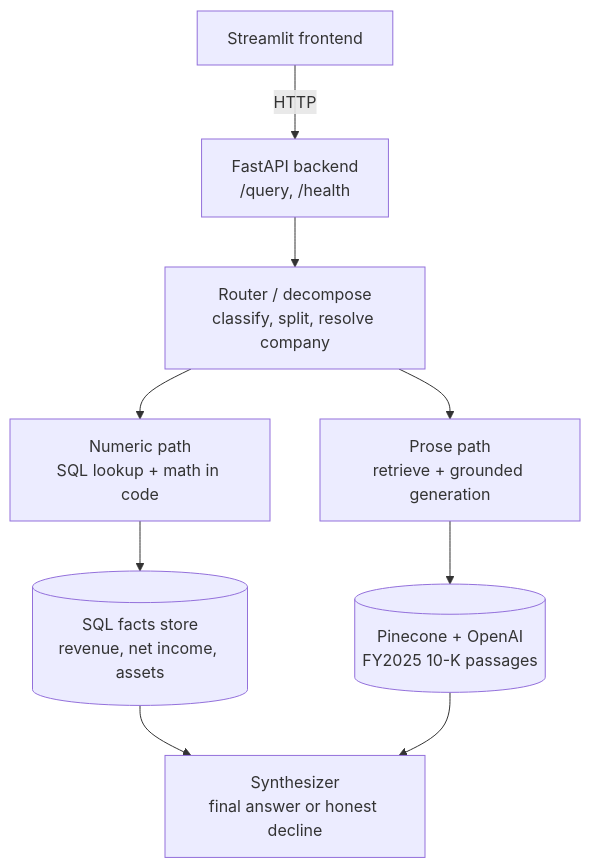
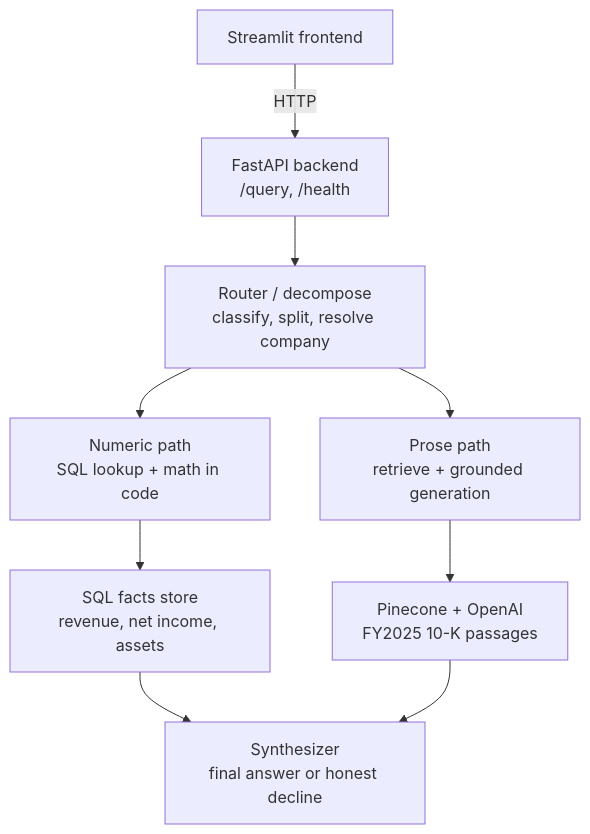
The diagram in README.md (vishnu1234-123/rag-agent), drawn with Mermaid before and after one commit.

Commit message:
fix: mermaid diagram shapes render reliably on GitHub

````diff
--- a/README.md
+++ b/README.md
@@ -31,11 +31,11 @@
 ```mermaid
 graph TD
     FE[Streamlit frontend] -->|HTTP| API[FastAPI backend<br/>/query, /health]
     API --> R[Router / decompose<br/>classify, split, resolve company]
     R --> N[Numeric path<br/>SQL lookup + math in code]
     R --> P[Prose path<br/>retrieve + grounded generation]
-    N --> DB[(SQL facts store<br/>revenue, net income, assets)]
-    P --> VDB[(Pinecone + OpenAI<br/>FY2025 10-K passages)]
+    N --> DB[SQL facts store<br/>revenue, net income, assets]
+    P --> VDB[Pinecone + OpenAI<br/>FY2025 10-K passages]
     DB --> S[Synthesizer<br/>final answer or honest decline]
     VDB --> S
 ```
````
